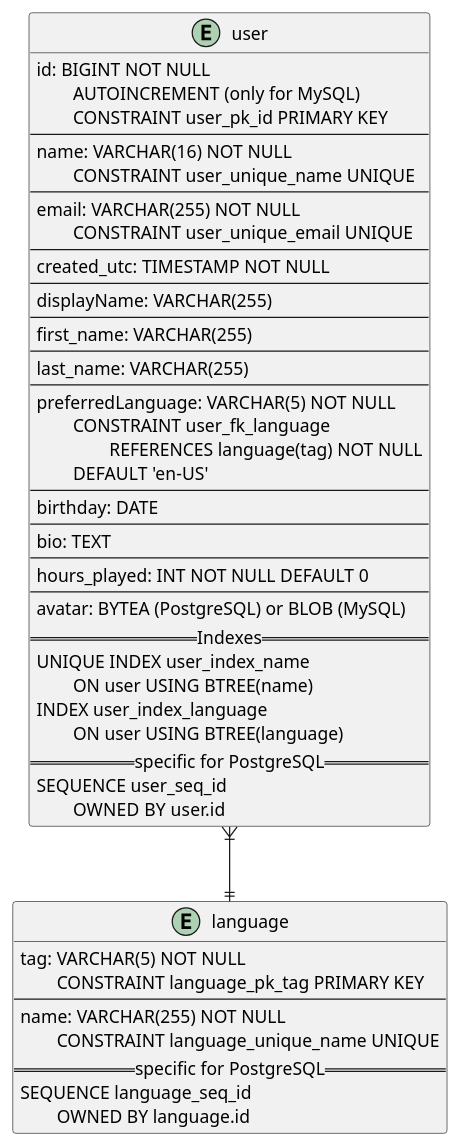
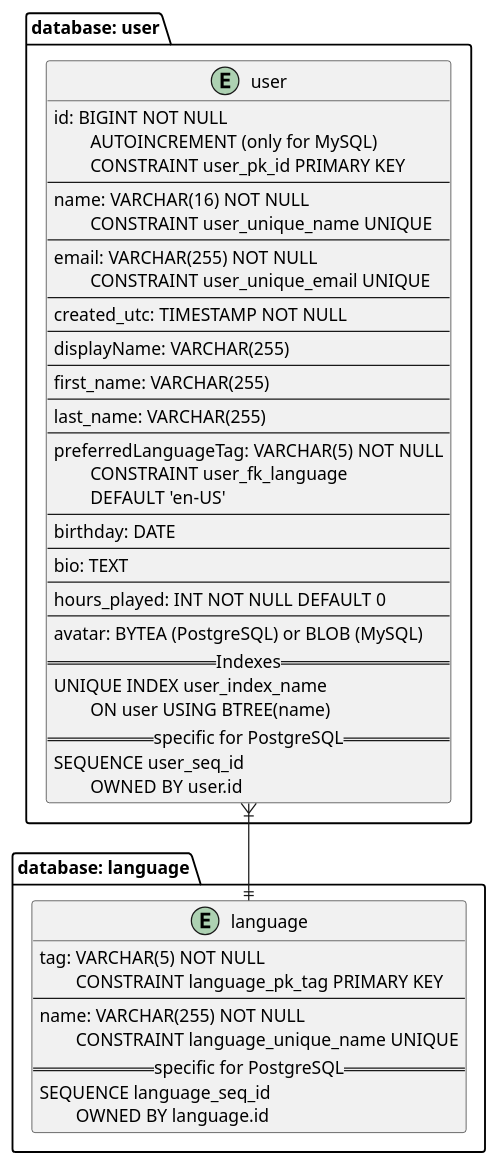
One commit to turing85/untitled-rpg-webapp changed the diagram in doc/datamodel/figures/ERD.puml. Above: the diagram before and after it, drawn with PlantUML. The commit also changed 44 other files, not shown here.

First line of the commit message:
#RPG-3 Implementation of user- and language REST service:

```diff
--- a/doc/datamodel/figures/ERD.puml
+++ b/doc/datamodel/figures/ERD.puml
@@ -1,57 +1,58 @@
 @startuml
 
-entity user {
-    id: BIGINT NOT NULL
-    \tAUTOINCREMENT (only for MySQL)
-    \tCONSTRAINT user_pk_id PRIMARY KEY
-    --
-    name: VARCHAR(16) NOT NULL
-    \tCONSTRAINT user_unique_name UNIQUE
-    --
-    email: VARCHAR(255) NOT NULL
-    \tCONSTRAINT user_unique_email UNIQUE
-    --
-    created_utc: TIMESTAMP NOT NULL
-    --
-    displayName: VARCHAR(255)
-    --
-    first_name: VARCHAR(255)
-    --
-    last_name: VARCHAR(255)
-    --
-    preferredLanguage: VARCHAR(5) NOT NULL
-    \tCONSTRAINT user_fk_language
-    \t\tREFERENCES language(tag) NOT NULL
-    \tDEFAULT 'en-US'
-    --
-    birthday: DATE
-    --
-    bio: TEXT
-    --
-    hours_played: INT NOT NULL DEFAULT 0
-    --
-    avatar: BYTEA (PostgreSQL) or BLOB (MySQL)
-    == Indexes ==
-    UNIQUE INDEX user_index_name
-    \tON user USING BTREE(name)
-    INDEX user_index_language
-    \tON user USING BTREE(language)
-    == specific for PostgreSQL ==
-    SEQUENCE user_seq_id
-    \tOWNED BY user.id
+package "database: user" {
+
+  entity user {
+      id: BIGINT NOT NULL
+      \tAUTOINCREMENT (only for MySQL)
+      \tCONSTRAINT user_pk_id PRIMARY KEY
+      --
+      name: VARCHAR(16) NOT NULL
+      \tCONSTRAINT user_unique_name UNIQUE
+      --
+      email: VARCHAR(255) NOT NULL
+      \tCONSTRAINT user_unique_email UNIQUE
+      --
+      created_utc: TIMESTAMP NOT NULL
+      --
+      displayName: VARCHAR(255)
+      --
+      first_name: VARCHAR(255)
+      --
+      last_name: VARCHAR(255)
+      --
+      preferredLanguageTag: VARCHAR(5) NOT NULL
+      \tCONSTRAINT user_fk_language
+      \tDEFAULT 'en-US'
+      --
+      birthday: DATE
+      --
+      bio: TEXT
+      --
+      hours_played: INT NOT NULL DEFAULT 0
+      --
+      avatar: BYTEA (PostgreSQL) or BLOB (MySQL)
+      == Indexes ==
+      UNIQUE INDEX user_index_name
+      \tON user USING BTREE(name)
+      == specific for PostgreSQL ==
+      SEQUENCE user_seq_id
+      \tOWNED BY user.id
+  }
 }
 
-entity language {
-    tag: VARCHAR(5) NOT NULL
-    \tCONSTRAINT language_pk_tag PRIMARY KEY
-    --
-    name: VARCHAR(255) NOT NULL
-    \tCONSTRAINT language_unique_name UNIQUE
-    == specific for PostgreSQL ==
-    SEQUENCE language_seq_id
-    \tOWNED BY language.id
+package "database: language" {
+  entity language {
+      tag: VARCHAR(5) NOT NULL
+      \tCONSTRAINT language_pk_tag PRIMARY KEY
+      --
+      name: VARCHAR(255) NOT NULL
+      \tCONSTRAINT language_unique_name UNIQUE
+      == specific for PostgreSQL ==
+      SEQUENCE language_seq_id
+      \tOWNED BY language.id
+  }
 }
-
 user }|--|| language
 
 @enduml
```
